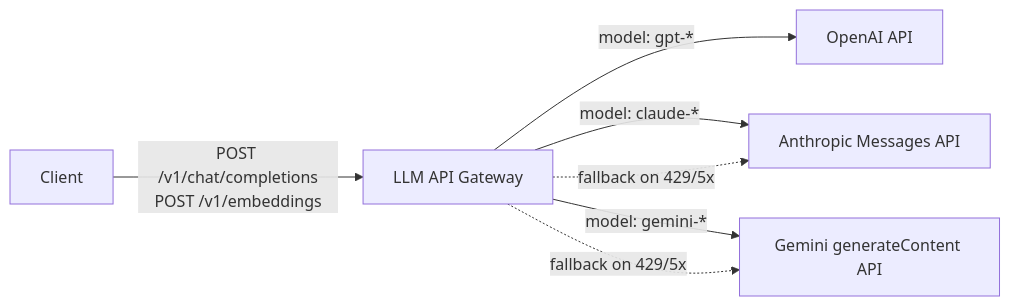
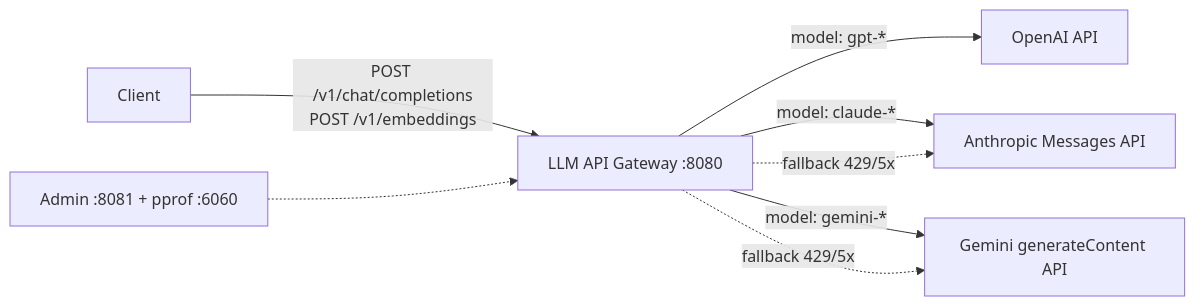
Before and after one commit to Francisco-cor/LLM-API-Gateway: the first of 2 diagrams in README.md, drawn with Mermaid. The commit also changed other lines of this file and 30 other files, not shown here.

````diff
--- a/README.md
+++ b/README.md
@@ -8,9 +12,10 @@
 ```mermaid
 flowchart LR
-    Client -->|POST /v1/chat/completions<br>POST /v1/embeddings| Gateway[LLM API Gateway]
+    Client -->|POST /v1/chat/completions<br>POST /v1/embeddings| Gateway[LLM API Gateway :8080]
     Gateway -->|model: gpt-*| OpenAI[OpenAI API]
     Gateway -->|model: claude-*| Anthropic[Anthropic Messages API]
     Gateway -->|model: gemini-*| Gemini[Gemini generateContent API]
-    Gateway -.fallback on 429/5xx.-> Anthropic
-    Gateway -.fallback on 429/5xx.-> Gemini
+    Gateway -.fallback 429/5xx.-> Anthropic
+    Gateway -.fallback 429/5xx.-> Gemini
+    Admin[Admin :8081 + pprof :6060] -.-> Gateway
 ```
````
